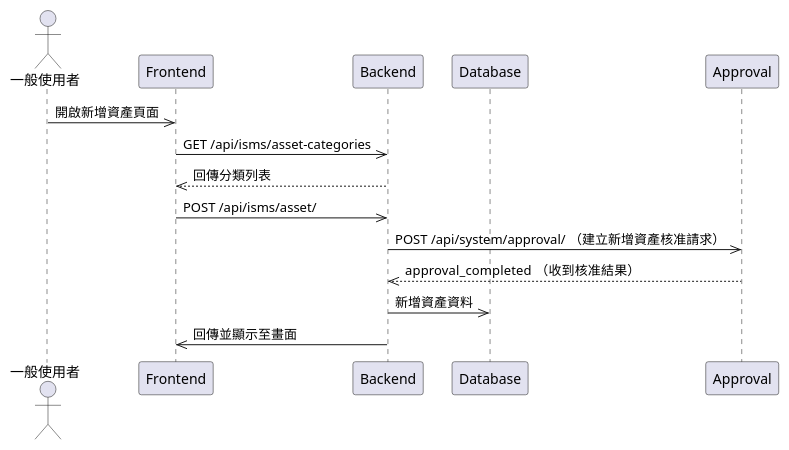
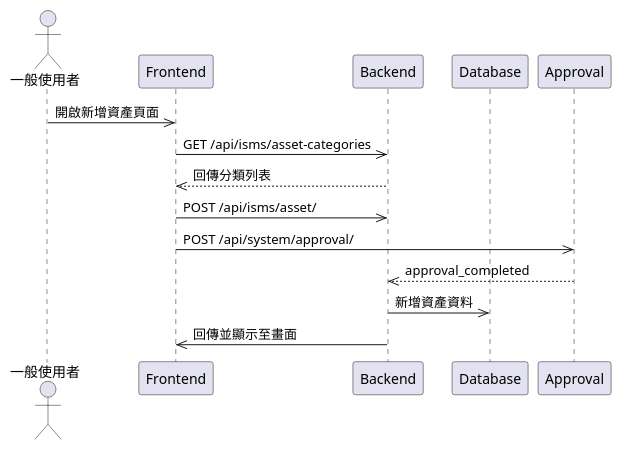
One commit to walle45611/NTUB_SecuManag_Diagram changed the diagram in plantUML/sequence/asset_create.puml. Above: the diagram before and after it, drawn with PlantUML. The commit also changed 5 other files, not shown here.

```diff
--- a/plantUML/sequence/asset_create.puml
+++ b/plantUML/sequence/asset_create.puml
@@ -1,15 +1,15 @@
 @startuml
 actor User as "一般使用者"
 participant Frontend
 participant Backend
 participant Database
 
 User->>Frontend: 開啟新增資產頁面
 Frontend->>Backend: GET /api/isms/asset-categories
 Backend-->>Frontend: 回傳分類列表
 Frontend->>Backend: POST /api/isms/asset/
-Backend->>Approval: POST /api/system/approval/ （建立新增資產核准請求）
-Approval-->>Backend: approval_completed  （收到核准結果）
+Frontend->>Approval: POST /api/system/approval/
+Approval-->>Backend: approval_completed
 Backend->>Database: 新增資產資料
 Backend->>Frontend: 回傳並顯示至畫面
 @enduml
```
